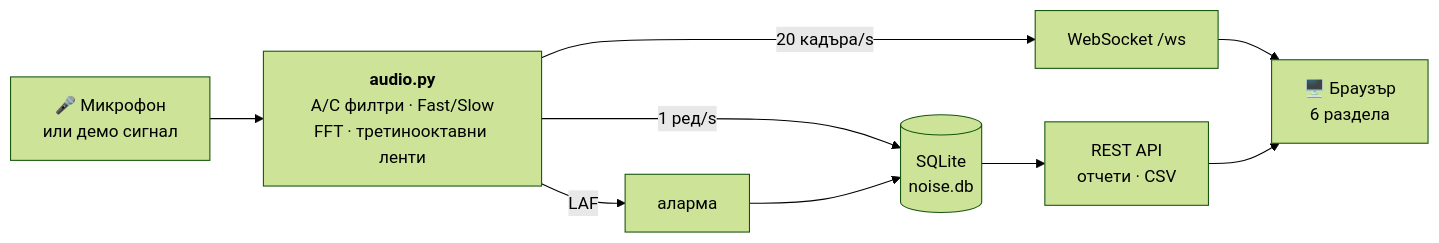
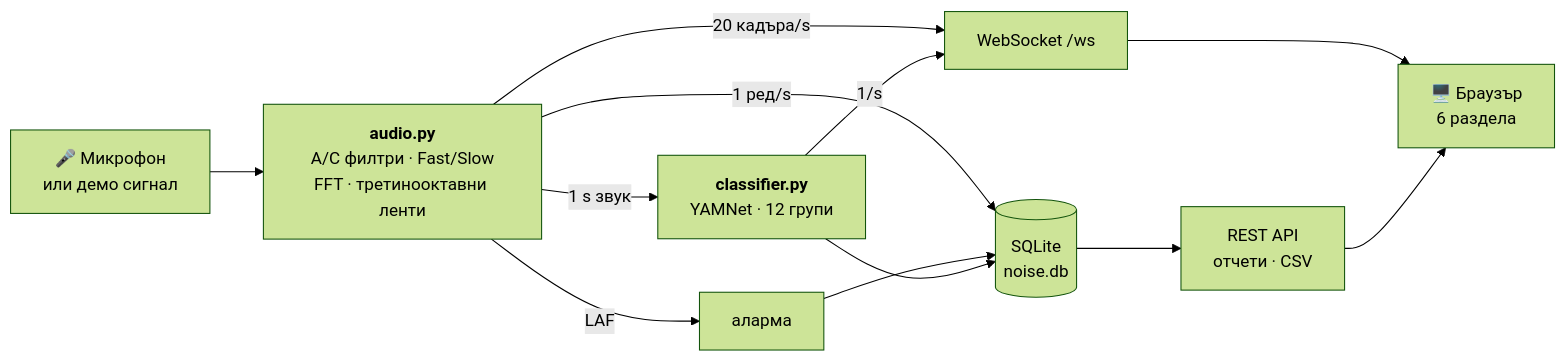
The diagram in README.md (Krumqnkata/noise-measure-tool), drawn with Mermaid (forest theme) before and after one commit. The commit also changed other lines of this file and 27 other files, not shown here.

````diff
--- a/README.md
+++ b/README.md
@@ -158,10 +184,13 @@
 ```mermaid
 flowchart LR
     mic["🎤 Микрофон<br/>или демо сигнал"] --> audio["<b>audio.py</b><br/>A/C филтри · Fast/Slow<br/>FFT · третинооктавни ленти"]
     audio -- "20 кадъра/s" --> ws["WebSocket /ws"]
     audio -- "1 ред/s" --> db[("SQLite<br/>noise.db")]
     audio -- "LAF" --> alarm["аларма"] --> db
+    audio -- "1 s звук" --> cls["<b>classifier.py</b><br/>YAMNet · 12 групи"]
+    cls -- "1/s" --> ws
+    cls --> db
     db --> api["REST API<br/>отчети · CSV"]
     ws --> ui["🖥️ Браузър<br/>6 раздела"]
     api --> ui
 ```
````
